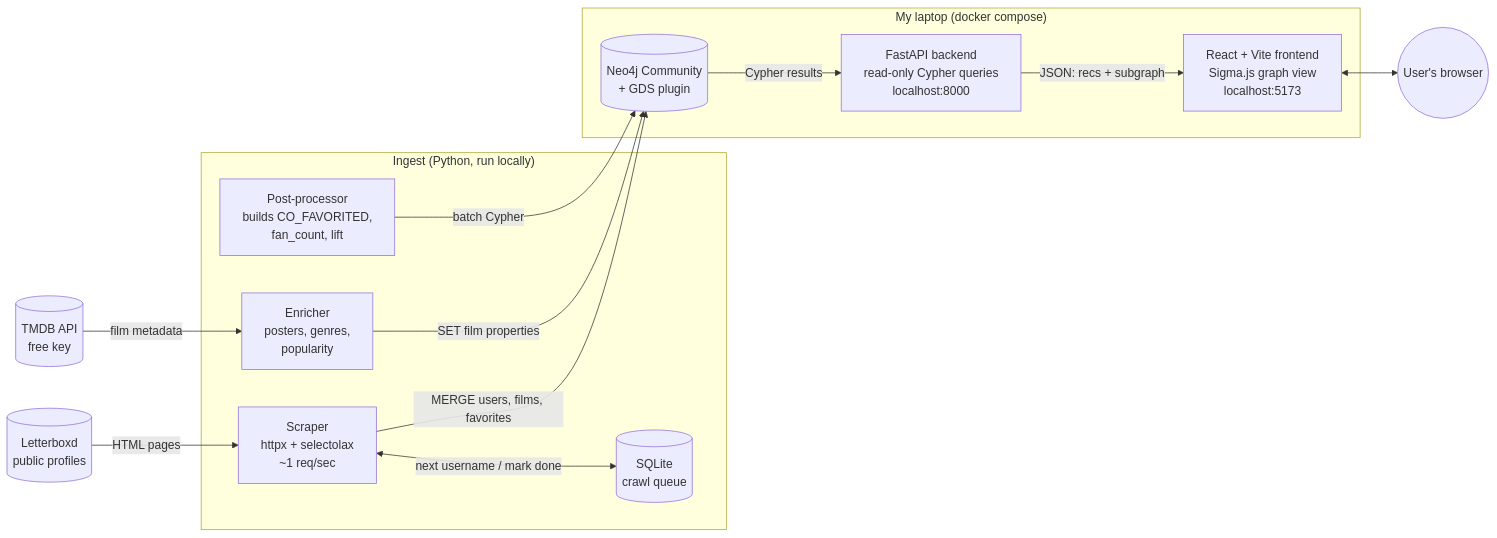
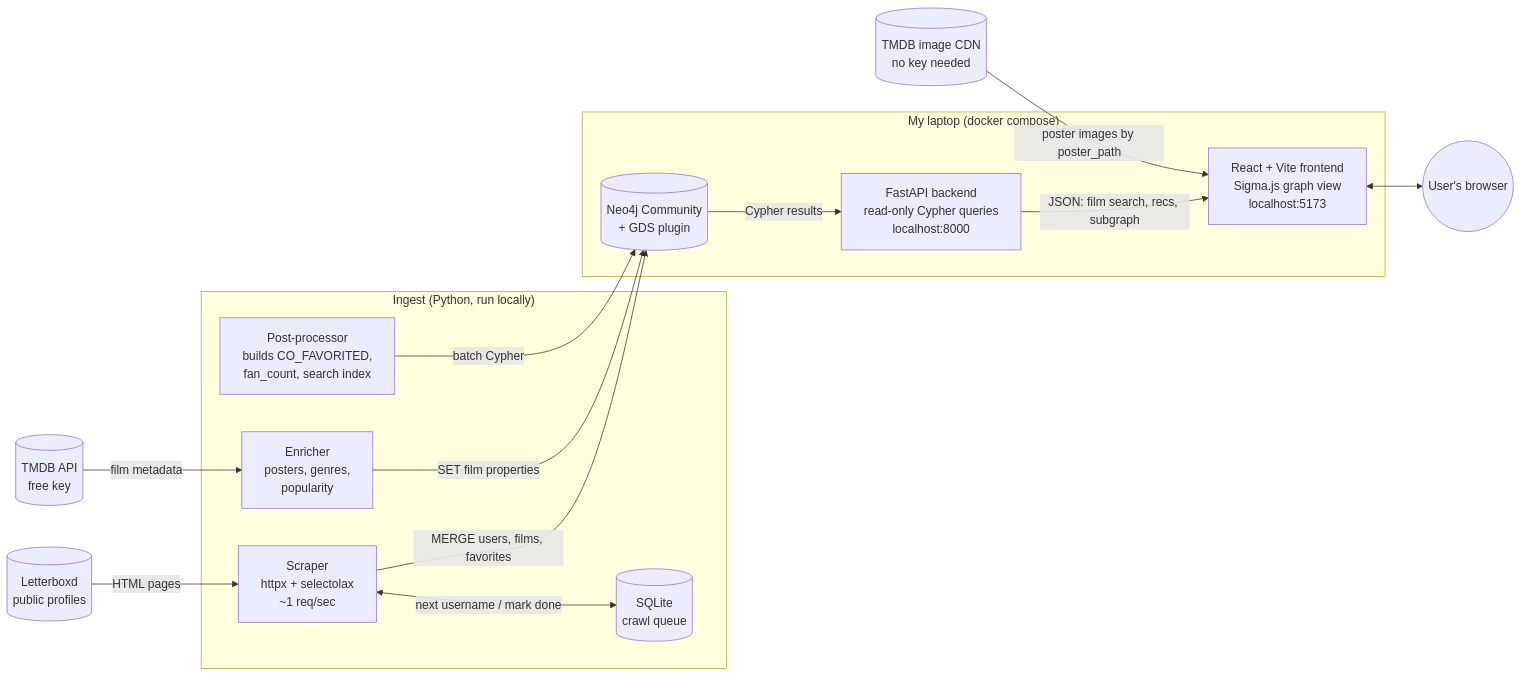
One commit to owenslar/cs452-final-project changed the third of 3 diagrams in project-initial-design.md. Above: the diagram before and after it, drawn with Mermaid. The commit also changed other lines of this file and 1 other file, not shown here.

````diff
--- a/project-initial-design.md
+++ b/project-initial-design.md
@@ -175,30 +175,32 @@
 ```mermaid
 flowchart LR
     LB[(Letterboxd<br/>public profiles)]
     TMDB[(TMDB API<br/>free key)]
+    IMG[(TMDB image CDN<br/>no key needed)]
 
     subgraph Ingest ["Ingest (Python, run locally)"]
         S[Scraper<br/>httpx + selectolax<br/>~1 req/sec]
         Q[(SQLite<br/>crawl queue)]
         E[Enricher<br/>posters, genres,<br/>popularity]
-        P[Post-processor<br/>builds CO_FAVORITED,<br/>fan_count, lift]
+        P[Post-processor<br/>builds CO_FAVORITED,<br/>fan_count, search index]
     end
 
     subgraph Local ["My laptop (docker compose)"]
         DB[(Neo4j Community<br/>+ GDS plugin)]
         API[FastAPI backend<br/>read-only Cypher queries<br/>localhost:8000]
         FE[React + Vite frontend<br/>Sigma.js graph view<br/>localhost:5173]
     end
 
     U((User's browser))
 
     LB -->|HTML pages| S
     S <-->|next username / mark done| Q
     S -->|MERGE users, films, favorites| DB
     TMDB -->|film metadata| E
     E -->|SET film properties| DB
     P -->|batch Cypher| DB
     DB -->|Cypher results| API
-    API -->|JSON: recs + subgraph| FE
+    API -->|JSON: film search, recs, subgraph| FE
+    IMG -->|poster images by poster_path| FE
     FE <--> U
 ```
````
